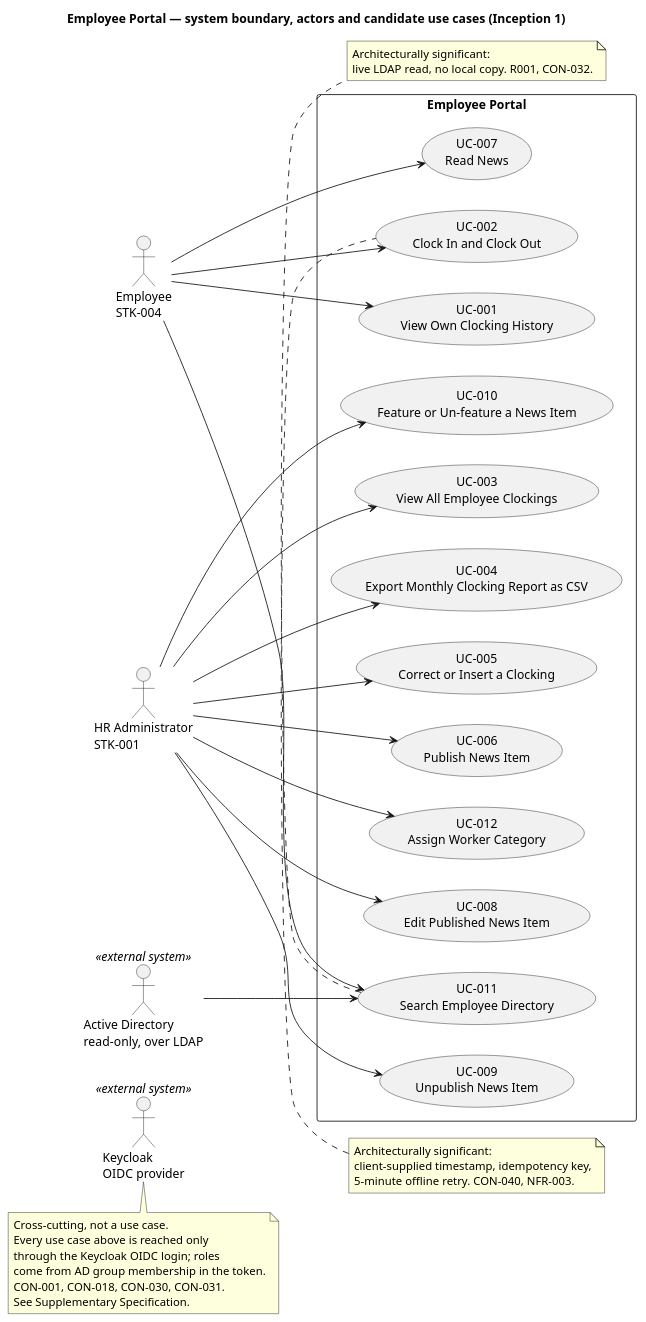
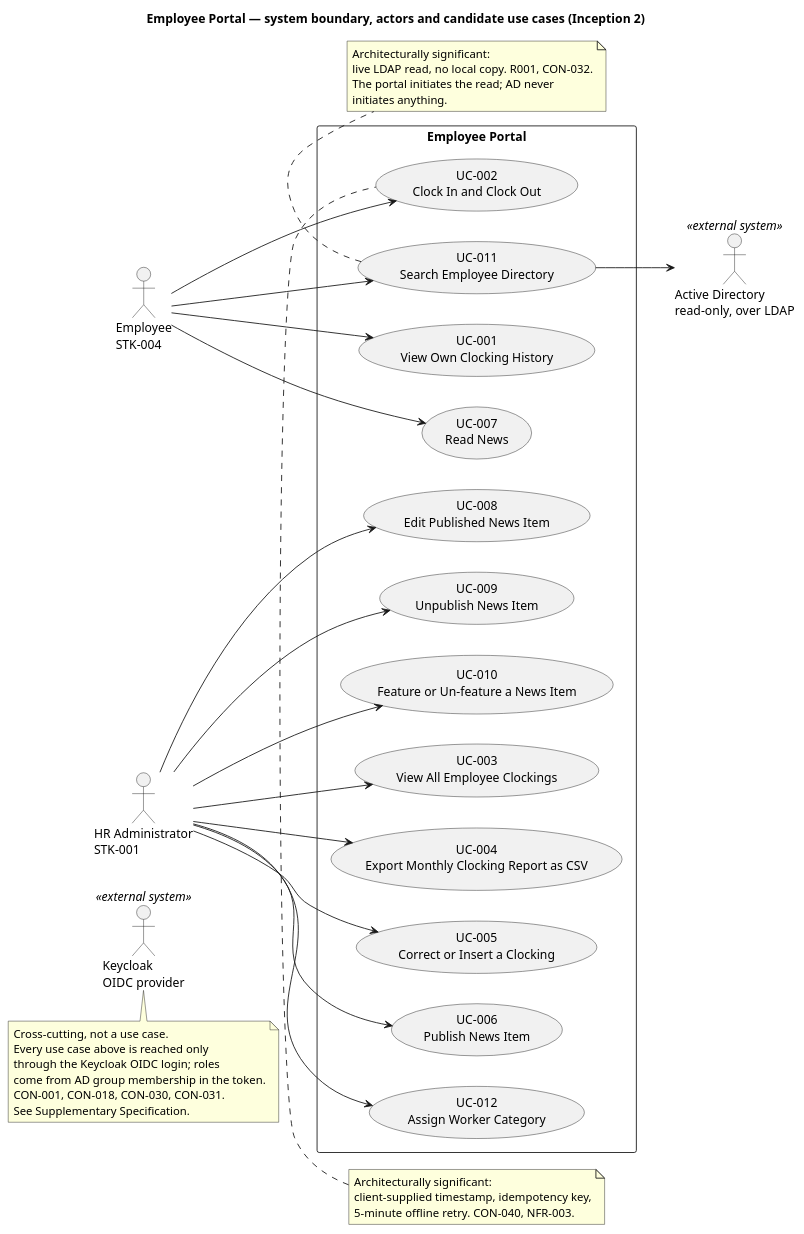
One commit to banense-test/portal changed the third of 4 diagrams in docs/artifacts/requirements/vision.md. Above: the diagram before and after it, drawn with PlantUML. The commit also changed other lines of this file, not shown here.

Commit message:
System Analyst [I2]: upsert Vision
[skip ci]

````diff
--- a/docs/artifacts/requirements/vision.md
+++ b/docs/artifacts/requirements/vision.md
@@ -145,62 +144,64 @@
 ```plantuml
 @startuml
-title Employee Portal — system boundary, actors and candidate use cases (Inception 1)
+title Employee Portal — system boundary, actors and candidate use cases (Inception 2)
 
 left to right direction
 skinparam packageStyle rectangle
 
 actor "Employee\nSTK-004" as EMP
 actor "HR Administrator\nSTK-001" as HR
 actor "Active Directory\nread-only, over LDAP" as AD <<external system>>
 actor "Keycloak\nOIDC provider" as KC <<external system>>
 
 rectangle "Employee Portal" {
   usecase "UC-001\nView Own Clocking History" as UC001
   usecase "UC-002\nClock In and Clock Out" as UC002
   usecase "UC-003\nView All Employee Clockings" as UC003
   usecase "UC-004\nExport Monthly Clocking Report as CSV" as UC004
   usecase "UC-005\nCorrect or Insert a Clocking" as UC005
   usecase "UC-006\nPublish News Item" as UC006
   usecase "UC-007\nRead News" as UC007
   usecase "UC-008\nEdit Published News Item" as UC008
   usecase "UC-009\nUnpublish News Item" as UC009
   usecase "UC-010\nFeature or Un-feature a News Item" as UC010
   usecase "UC-011\nSearch Employee Directory" as UC011
   usecase "UC-012\nAssign Worker Category" as UC012
 }
 
 EMP --> UC001
 EMP --> UC002
 EMP --> UC007
 EMP --> UC011
 HR --> UC003
 HR --> UC004
 HR --> UC005
 HR --> UC006
 HR --> UC008
 HR --> UC009
 HR --> UC010
 HR --> UC012
-AD --> UC011
+UC011 --> AD
 
 note bottom of KC
   Cross-cutting, not a use case.
   Every use case above is reached only
   through the Keycloak OIDC login; roles
   come from AD group membership in the token.
   CON-001, CON-018, CON-030, CON-031.
   See Supplementary Specification.
 end note
 
 note top of UC002
   Architecturally significant:
   client-supplied timestamp, idempotency key,
   5-minute offline retry. CON-040, NFR-003.
 end note
 
 note bottom of UC011
   Architecturally significant:
   live LDAP read, no local copy. R001, CON-032.
+  The portal initiates the read; AD never
+  initiates anything.
 end note
 @enduml
 ```
````
